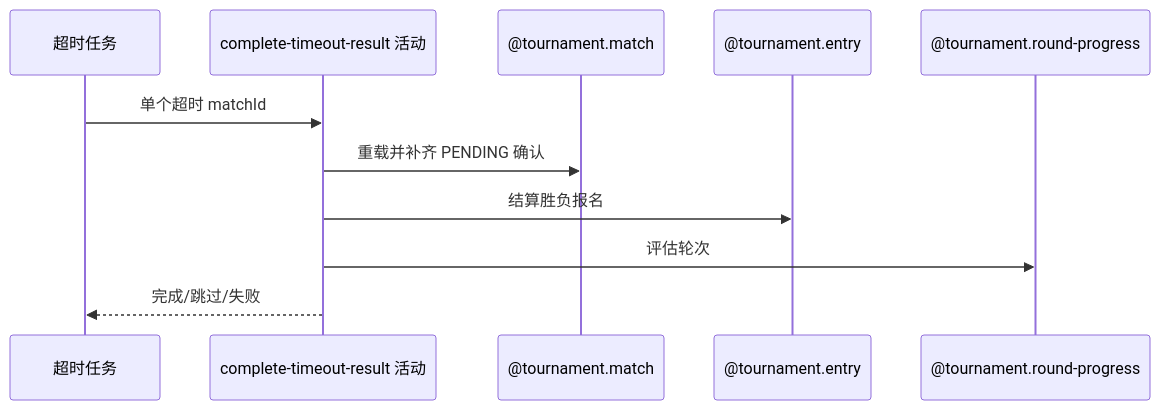
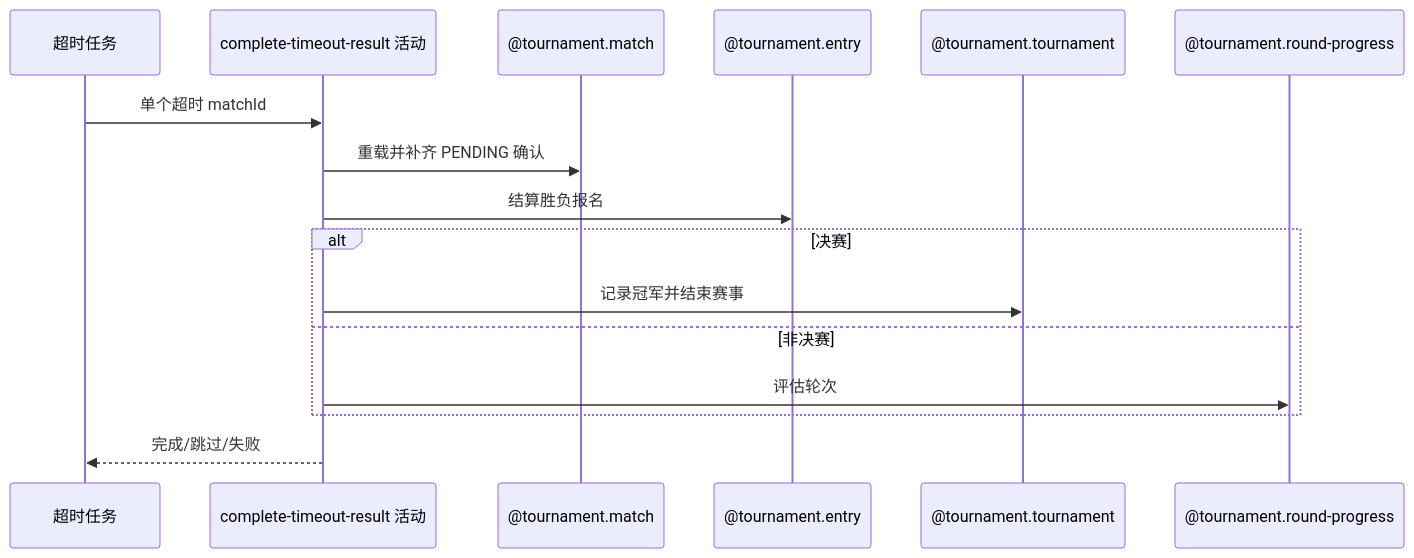
The diagram in blueprint/spec/tournament/result-confirmation-timeout/complete-timeout-result/activity.md (chxt100016/Rally), drawn with Mermaid before and after one commit. The commit also changed other lines of this file and 170 other files, not shown here.

````diff
--- a/blueprint/spec/tournament/result-confirmation-timeout/complete-timeout-result/activity.md
+++ b/blueprint/spec/tournament/result-confirmation-timeout/complete-timeout-result/activity.md
@@ -13,13 +13,18 @@
 ```mermaid
 sequenceDiagram
     participant J as 超时任务
     participant A as complete-timeout-result 活动
     participant M as @tournament.match
     participant E as @tournament.entry
+    participant T as @tournament.tournament
     participant R as @tournament.round-progress
     J->>A: 单个超时 matchId
     A->>M: 重载并补齐 PENDING 确认
     A->>E: 结算胜负报名
-    A->>R: 评估轮次
+    alt 决赛
+        A->>T: 记录冠军并结束赛事
+    else 非决赛
+        A->>R: 评估轮次
+    end
     A-->>J: 完成/跳过/失败
 ```
````
